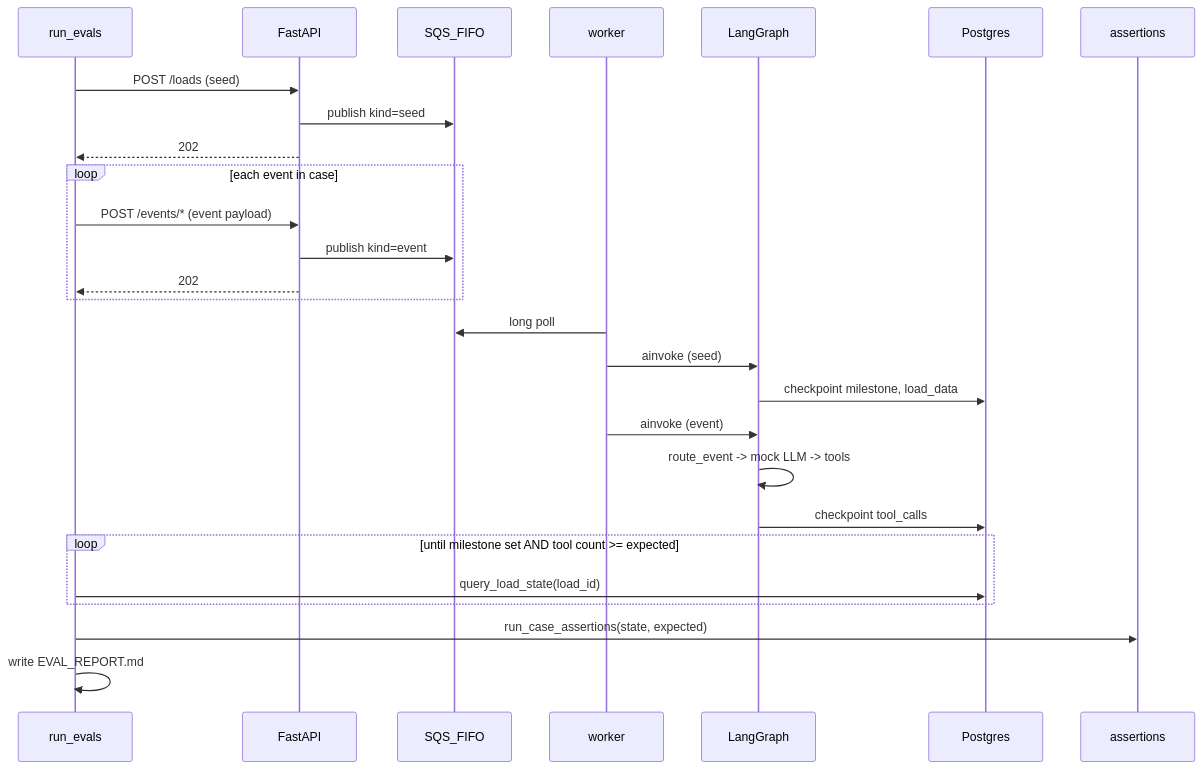
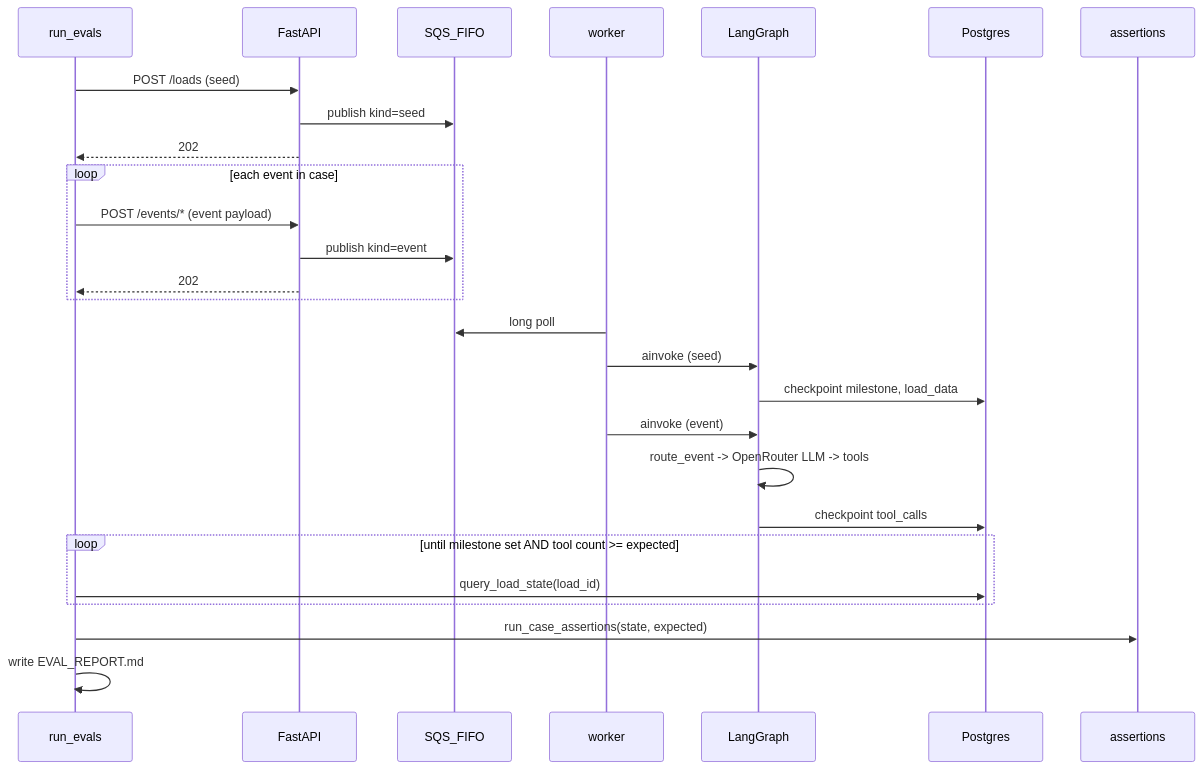
The first of 2 diagrams in evals/README.md (agualbbus/fh-challenge), drawn with Mermaid before and after one commit. The commit also changed other lines of this file and 31 other files, not shown here.

First line of the commit message:
Refactor agent architecture and remove mock model references

````diff
--- a/evals/README.md
+++ b/evals/README.md
@@ -60,30 +59,30 @@
 ```mermaid
 sequenceDiagram
     participant Harness as run_evals
     participant API as FastAPI
     participant SQS as SQS_FIFO
     participant Worker as worker
     participant Graph as LangGraph
     participant PG as Postgres
     participant Asserts as assertions
 
     Harness->>API: POST /loads (seed)
     API->>SQS: publish kind=seed
     API-->>Harness: 202
     loop each event in case
         Harness->>API: POST /events/* (event payload)
         API->>SQS: publish kind=event
         API-->>Harness: 202
     end
     Worker->>SQS: long poll
     Worker->>Graph: ainvoke (seed)
     Graph->>PG: checkpoint milestone, load_data
     Worker->>Graph: ainvoke (event)
-    Graph->>Graph: route_event -> mock LLM -> tools
+    Graph->>Graph: route_event -> OpenRouter LLM -> tools
     Graph->>PG: checkpoint tool_calls
     loop until milestone set AND tool count >= expected
         Harness->>PG: query_load_state(load_id)
     end
     Harness->>Asserts: run_case_assertions(state, expected)
     Harness->>Harness: write EVAL_REPORT.md
 ```
````
